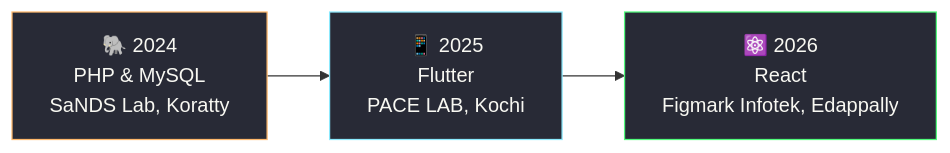
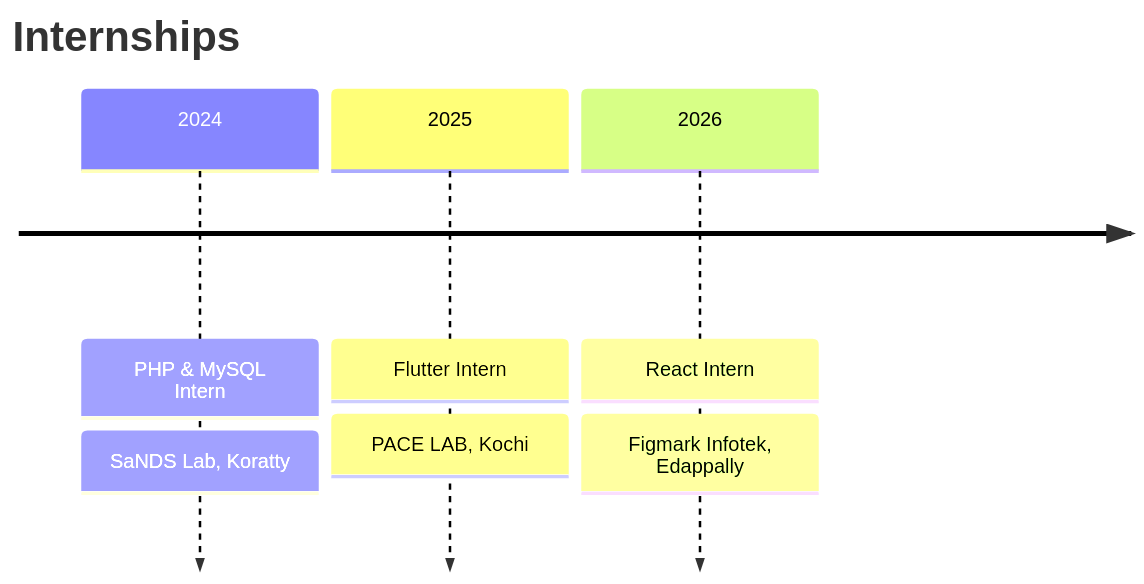
The diagram in README.md (Ashwinmv123/Ashwinmv123), drawn with Mermaid before and after one commit. The commit also changed other lines of this file, not shown here.

````diff
--- a/README.md
+++ b/README.md
@@ -137,7 +118,7 @@
 ```mermaid
-flowchart LR
-    A[🐘 2024<br/>PHP & MySQL<br/>SaNDS Lab, Koratty] --> B[📱 2025<br/>Flutter<br/>PACE LAB, Kochi] --> C[⚛️ 2026<br/>React<br/>Figmark Infotek, Edappally]
-    style A fill:#282a36,stroke:#ffb86c,color:#f8f8f2
-    style B fill:#282a36,stroke:#8be9fd,color:#f8f8f2
-    style C fill:#282a36,stroke:#50fa7b,color:#f8f8f2
+timeline
+    title Internships
+    2024 : PHP & MySQL Intern : SaNDS Lab, Koratty
+    2025 : Flutter Intern : PACE LAB, Kochi
+    2026 : React Intern : Figmark Infotek, Edappally
 ```
````
